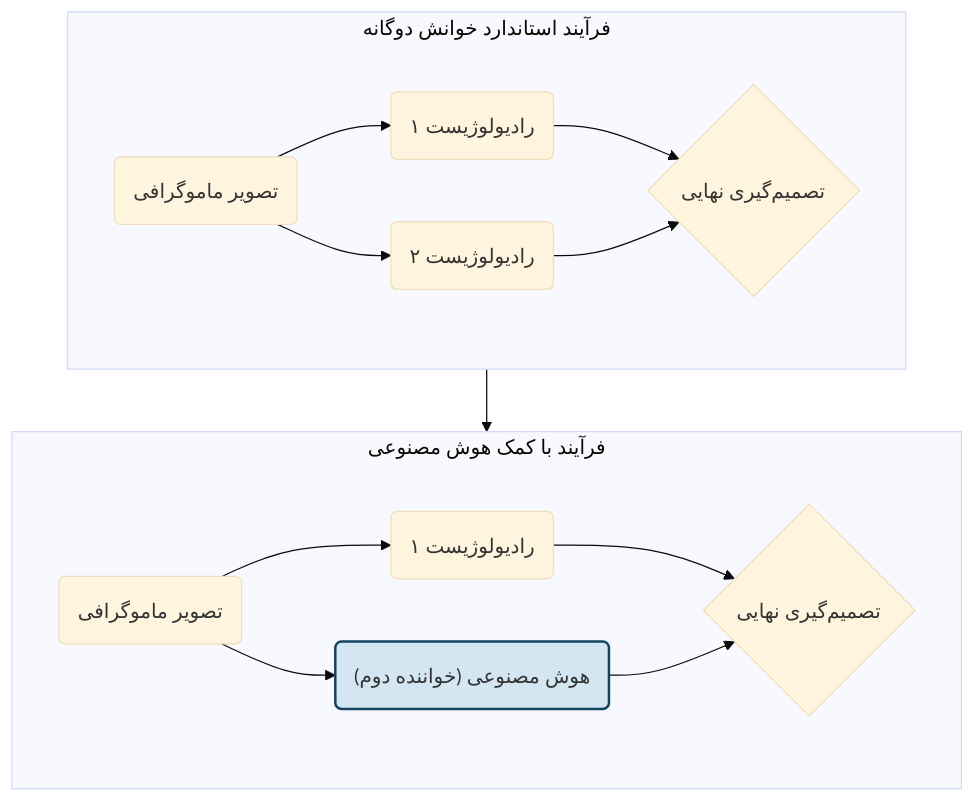
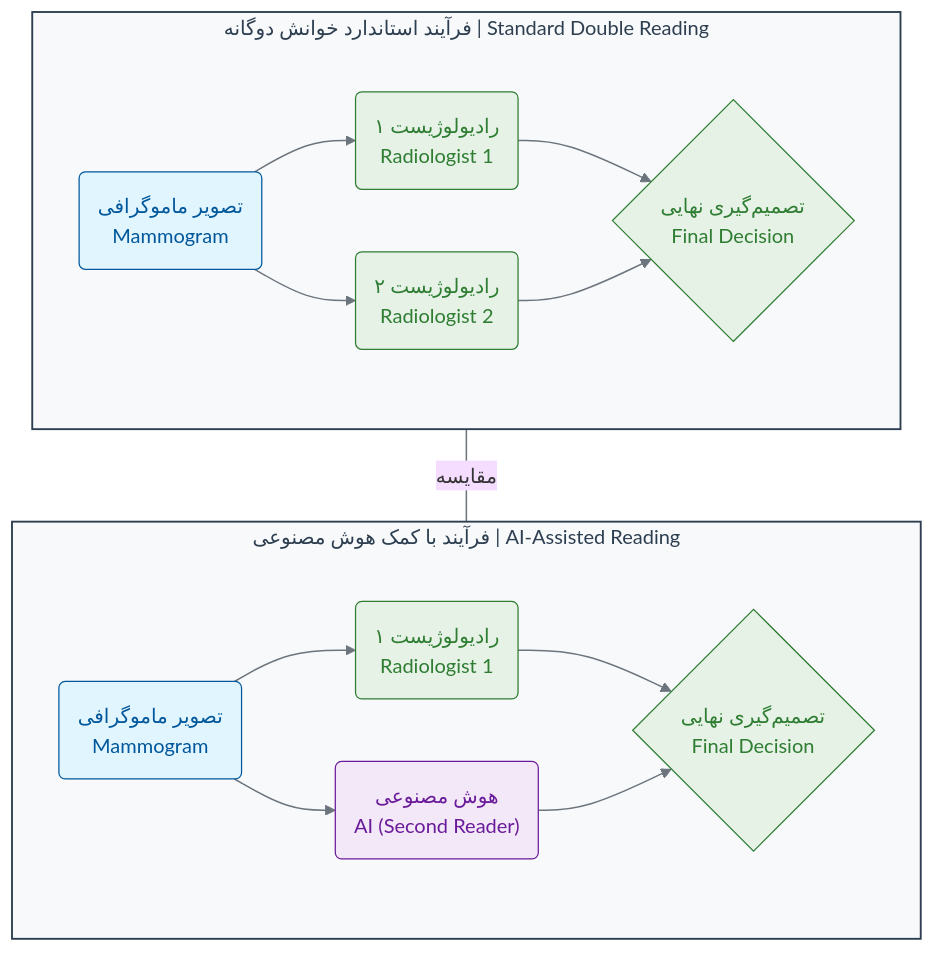
Before and after one commit to rezashahnazar/practical-ai-in-biology-book: the diagram in 01-ai-revolution-in-biology/04-case-study-cancer-detection.md, drawn with Mermaid (base theme). The commit also changed 2 other files, not shown here.

Commit message:
Enhance multiple markdown files in the 01-ai-revolution-in-biology directory by improving phrasing for clarity, adding references for key statements, and emphasizing the role of AI in cancer detection and drug discovery.

````diff
--- a/01-ai-revolution-in-biology/04-case-study-cancer-detection.md
+++ b/01-ai-revolution-in-biology/04-case-study-cancer-detection.md
@@ -51,22 +51,40 @@
 ```mermaid
-graph TD
-    subgraph A[فرآیند استاندارد خوانش دوگانه]
+flowchart TD
+    %% Style Definitions
+    classDef phase fill:#f8f9fa,stroke:#2c3e50,stroke-width:1.5px,color:#2c3e50
+    classDef input fill:#e1f5fe,stroke:#01579b,stroke-width:1px,color:#01579b
+    classDef process fill:#e6f2e6,stroke:#2e7d32,stroke-width:1px,color:#2e7d32
+    classDef model fill:#f3e8f7,stroke:#6a1b9a,stroke-width:1px,color:#6a1b9a
+
+    %% Standard Double Reading Process
+    subgraph A ["فرآیند استاندارد خوانش دوگانه | Standard Double Reading"]
         direction LR
-        Mammo("تصویر ماموگرافی") --> Rad1("رادیولوژیست ۱");
-        Mammo --> Rad2("رادیولوژیست ۲");
-        Rad1 --> Consensus{تصمیم‌گیری نهایی};
-        Rad2 --> Consensus;
+        Mammo("تصویر ماموگرافی<br>Mammogram") --> Rad1("رادیولوژیست ۱<br>Radiologist 1")
+        Mammo --> Rad2("رادیولوژیست ۲<br>Radiologist 2")
+        Rad1 --> Consensus{تصمیم‌گیری نهایی<br>Final Decision}
+        Rad2 --> Consensus
     end
 
-    subgraph B[فرآیند با کمک هوش مصنوعی]
+    %% AI-Assisted Double Reading Process
+    subgraph B ["فرآیند با کمک هوش مصنوعی | AI-Assisted Reading"]
         direction LR
-        Mammo2("تصویر ماموگرافی") --> Rad1_2("رادیولوژیست ۱");
-        Mammo2 --> AI("هوش مصنوعی (خواننده دوم)");
-        Rad1_2 --> Consensus2{تصمیم‌گیری نهایی};
-        AI --> Consensus2;
+        Mammo2("تصویر ماموگرافی<br>Mammogram") --> Rad1_2("رادیولوژیست ۱<br>Radiologist 1")
+        Mammo2 --> AI("هوش مصنوعی<br>AI (Second Reader)")
+        Rad1_2 --> Consensus2{تصمیم‌گیری نهایی<br>Final Decision}
+        AI --> Consensus2
     end
 
-    A --> B;
+    %% Connections Between Processes
+    A ---|"مقایسه"| B
 
-    style AI fill:#D4E6F1,stroke:#154360,stroke-width:2px
+    %% Apply Styles
+    class A,B phase
+    class Mammo,Mammo2 input
+    class Rad1,Rad2,Rad1_2,Consensus,Consensus2 process
+    class AI model
+
+    %% Additional Styling for Rounded Shapes and Spacing
+    style A fill:#f8f9fa,stroke:#2c3e50,stroke-width:1.5px
+    style B fill:#f8f9fa,stroke:#2c3e50,stroke-width:1.5px
+    linkStyle default stroke:#6c757d,stroke-width:1.2px
 ```
````
